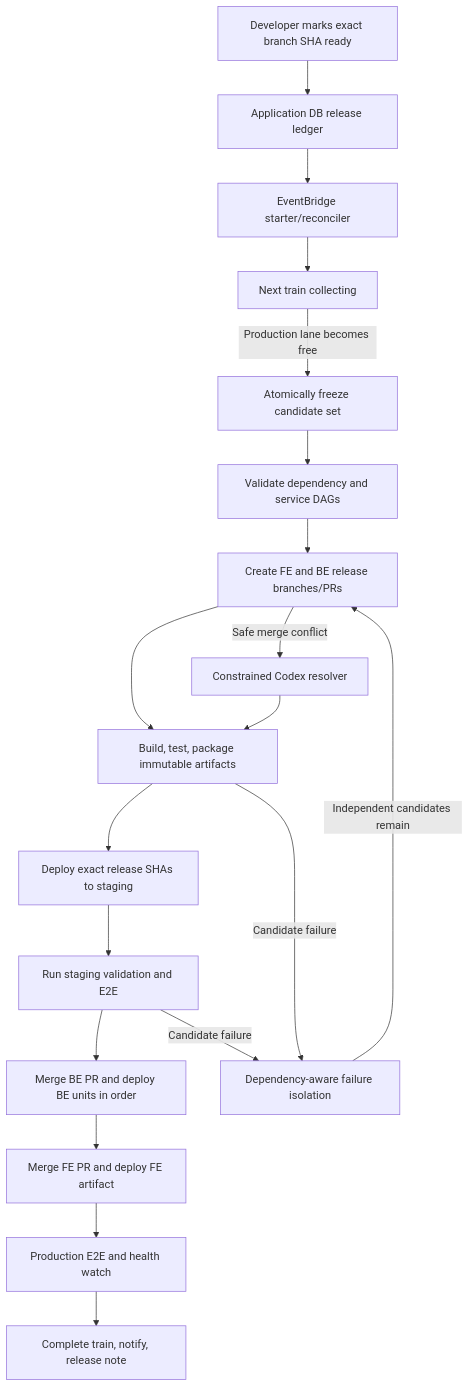
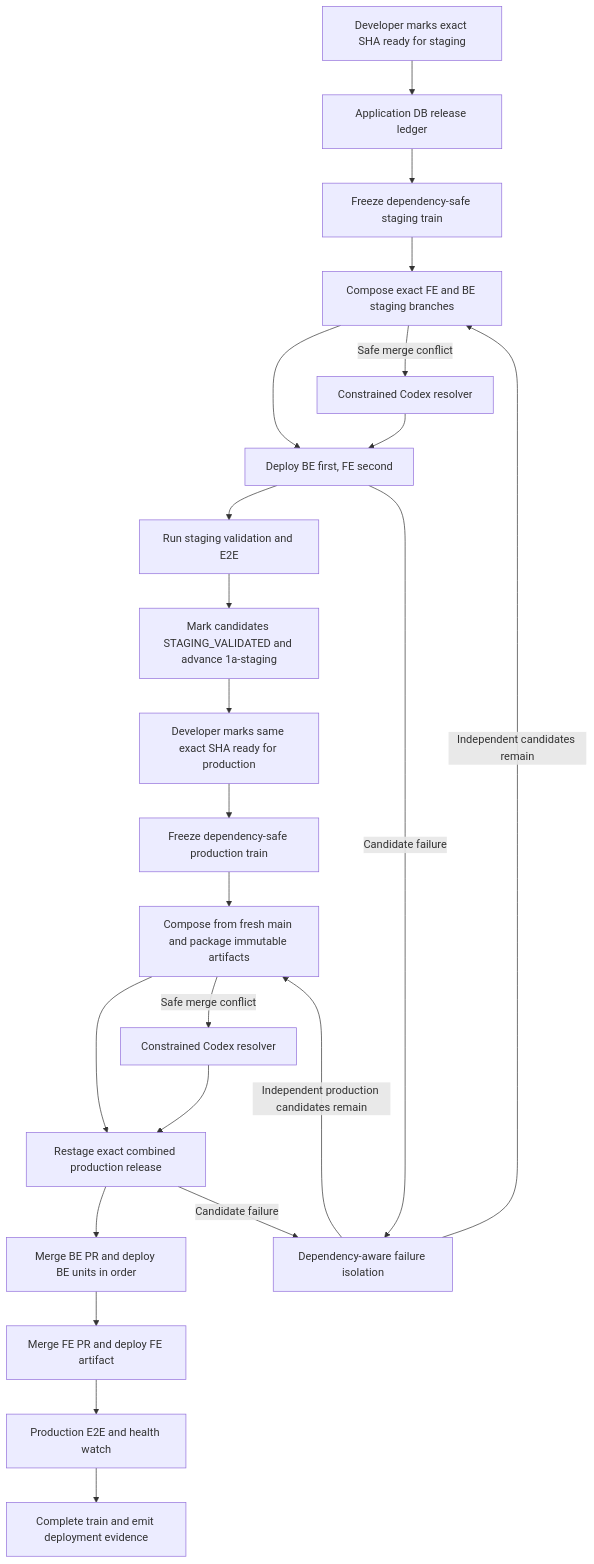
Before and after one commit to 6529-Collections/6529seize-frontend: the diagram in ops/deployment-bus/implementation-plan.md, drawn with Mermaid. The commit also changed other lines of this file, not shown here.

Commit message:
Make deployment bus own staging lifecycle

````diff
--- a/ops/deployment-bus/implementation-plan.md
+++ b/ops/deployment-bus/implementation-plan.md
@@ -100,23 +116,27 @@
 ```mermaid
 flowchart TD
-    Ready["Developer marks exact branch SHA ready"] --> Ledger["Application DB release ledger"]
-    Ledger --> Starter["EventBridge starter/reconciler"]
-    Starter --> Collecting["Next train collecting"]
-    Collecting -->|"Production lane becomes free"| Freeze["Atomically freeze candidate set"]
-    Freeze --> DAG["Validate dependency and service DAGs"]
-    DAG --> Compose["Create FE and BE release branches/PRs"]
-    Compose --> Preflight["Build, test, package immutable artifacts"]
-    Preflight --> Staging["Deploy exact release SHAs to staging"]
-    Staging --> E2E["Run staging validation and E2E"]
-    E2E --> Backend["Merge BE PR and deploy BE units in order"]
+    StageReady["Developer marks exact SHA ready for staging"] --> Ledger["Application DB release ledger"]
+    Ledger --> StageTrain["Freeze dependency-safe staging train"]
+    StageTrain --> StageCompose["Compose exact FE and BE staging branches"]
+    StageCompose --> StageDeploy["Deploy BE first, FE second"]
+    StageDeploy --> StageE2E["Run staging validation and E2E"]
+    StageE2E --> StageValidated["Mark candidates STAGING_VALIDATED and advance 1a-staging"]
+    StageValidated --> ProdReady["Developer marks same exact SHA ready for production"]
+    ProdReady --> ProdTrain["Freeze dependency-safe production train"]
+    ProdTrain --> ProdCompose["Compose from fresh main and package immutable artifacts"]
+    ProdCompose --> Restage["Restage exact combined production release"]
+    Restage --> Backend["Merge BE PR and deploy BE units in order"]
     Backend --> Frontend["Merge FE PR and deploy FE artifact"]
     Frontend --> ProdValidation["Production E2E and health watch"]
-    ProdValidation --> Complete["Complete train, notify, release note"]
+    ProdValidation --> Complete["Complete train and emit deployment evidence"]
 
-    Compose -->|"Safe merge conflict"| Codex["Constrained Codex resolver"]
-    Codex --> Preflight
+    StageCompose -->|"Safe merge conflict"| StageCodex["Constrained Codex resolver"]
+    StageCodex --> StageDeploy
+    ProdCompose -->|"Safe merge conflict"| ProdCodex["Constrained Codex resolver"]
+    ProdCodex --> Restage
 
-    Preflight -->|"Candidate failure"| Isolate["Dependency-aware failure isolation"]
-    E2E -->|"Candidate failure"| Isolate
-    Isolate -->|"Independent candidates remain"| Compose
+    StageDeploy -->|"Candidate failure"| Isolate["Dependency-aware failure isolation"]
+    Restage -->|"Candidate failure"| Isolate
+    Isolate -->|"Independent candidates remain"| StageCompose
+    Isolate -->|"Independent production candidates remain"| ProdCompose
 ```
````
